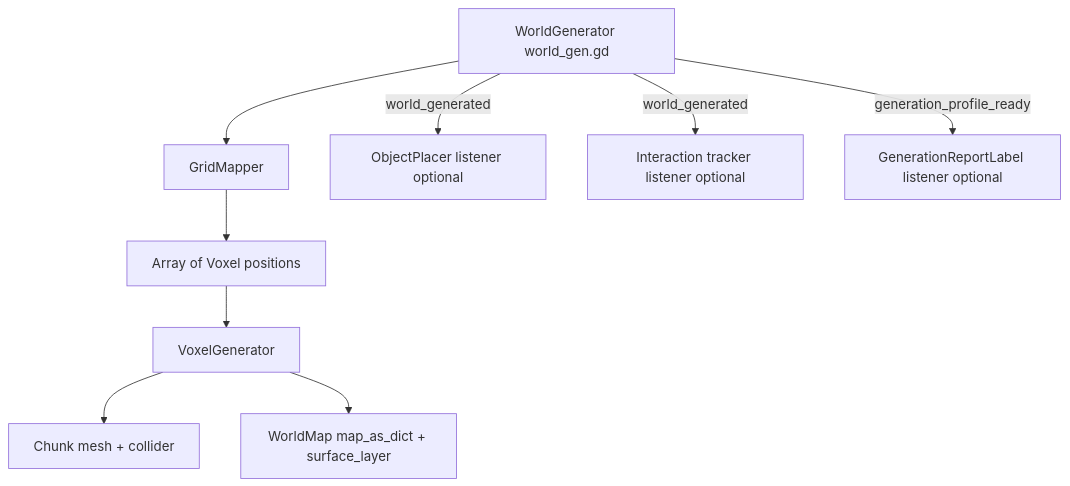
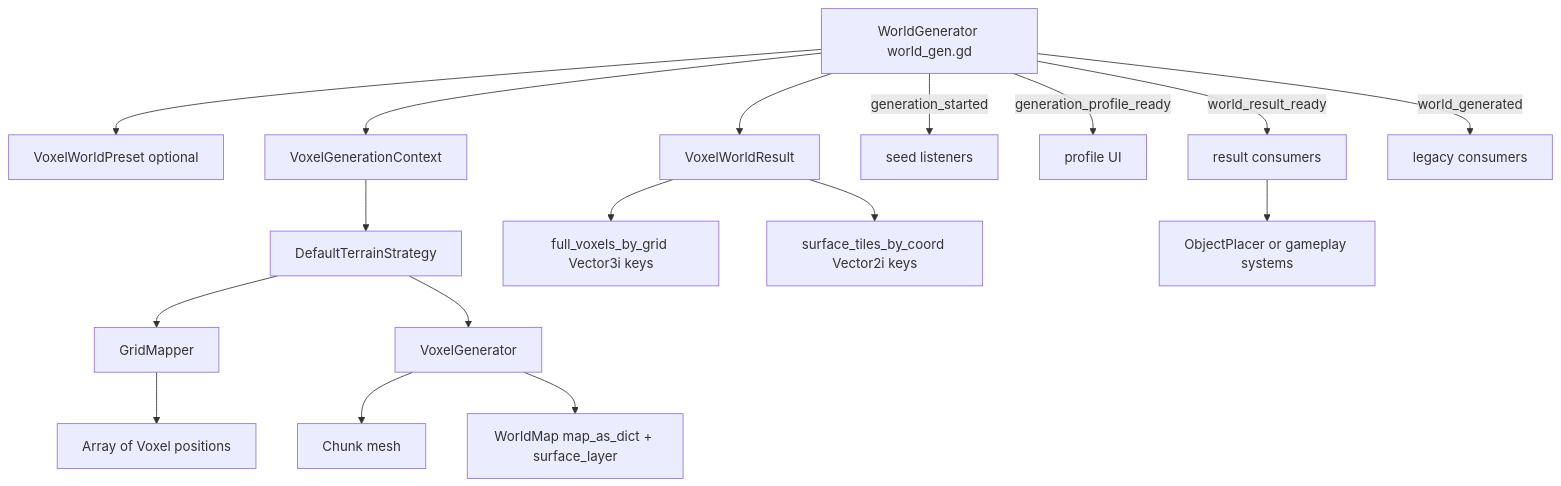
One commit to SonnenBruder/VoxelsBetaSonnenBruder changed the diagram in docs/REUSE_GUIDE.md. Above: the diagram before and after it, drawn with Mermaid. The commit also changed other lines of this file and 21 other files, not shown here.

````diff
--- a/docs/REUSE_GUIDE.md
+++ b/docs/REUSE_GUIDE.md
@@ -15,11 +40,19 @@
 ```mermaid
 flowchart TD
-    A[WorldGenerator world_gen.gd] --> B[GridMapper]
-    B --> C[Array of Voxel positions]
-    C --> D[VoxelGenerator]
-    D --> E[Chunk mesh + collider]
-    D --> F[WorldMap map_as_dict + surface_layer]
-   A -->|world_generated| G[ObjectPlacer listener optional]
-   A -->|world_generated| H[Interaction tracker listener optional]
-   A -->|generation_profile_ready| I[GenerationReportLabel listener optional]
+    A[WorldGenerator world_gen.gd] --> B[VoxelWorldPreset optional]
+    A --> C[VoxelGenerationContext]
+    C --> D[DefaultTerrainStrategy]
+    D --> E[GridMapper]
+    E --> F[Array of Voxel positions]
+    D --> G[VoxelGenerator]
+    G --> H[Chunk mesh]
+    G --> I[WorldMap map_as_dict + surface_layer]
+    A --> J[VoxelWorldResult]
+    J --> K[full_voxels_by_grid Vector3i keys]
+    J --> L[surface_tiles_by_coord Vector2i keys]
+    A -->|generation_started| M[seed listeners]
+    A -->|generation_profile_ready| N[profile UI]
+    A -->|world_result_ready| O[result consumers]
+    A -->|world_generated| P[legacy consumers]
+    O --> Q[ObjectPlacer or gameplay systems]
 ```
````
